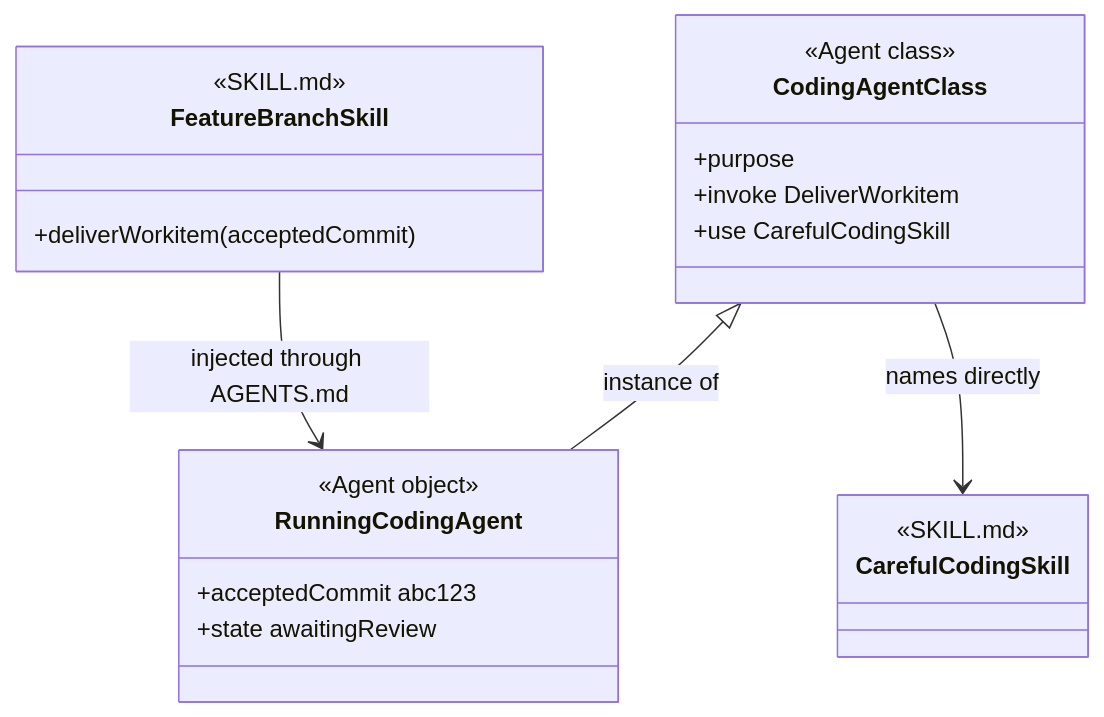
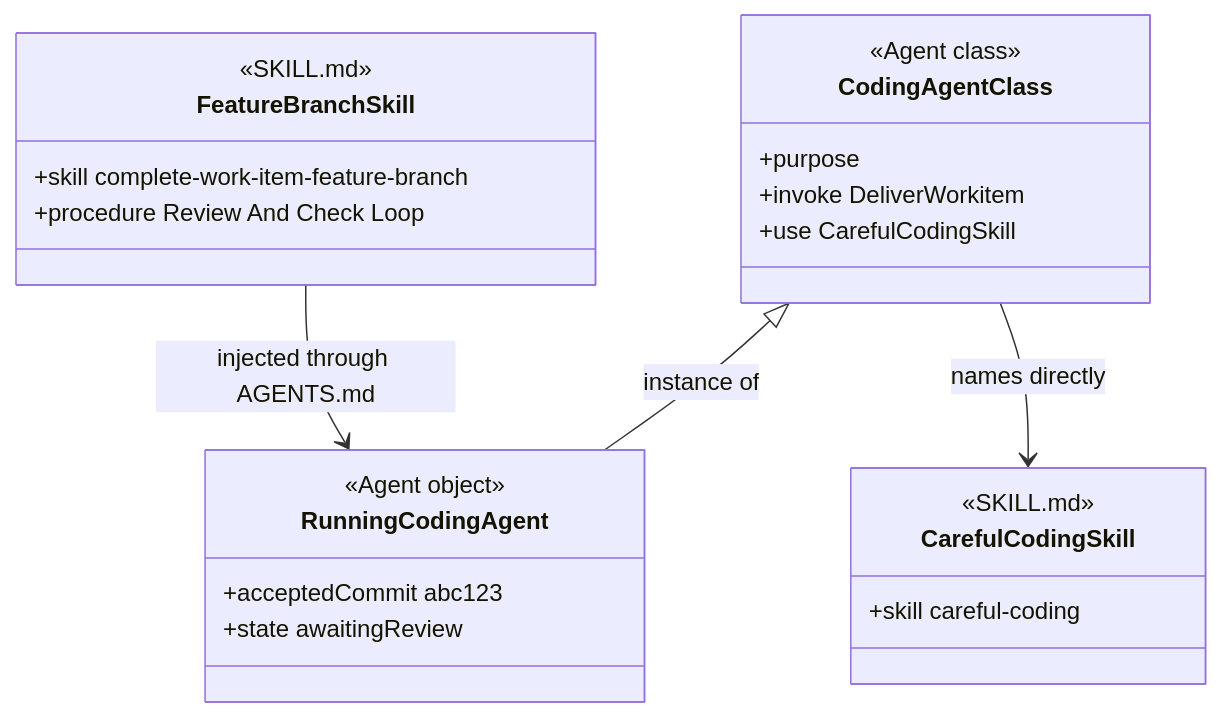
The tenth of 11 diagrams in design/object-oriented-agent-and-skill-model.md (martinbechard/dev-methodology), drawn with Mermaid before and after one commit. The commit also changed other lines of this file and 12 other files, not shown here.

````diff
--- a/design/object-oriented-agent-and-skill-model.md
+++ b/design/object-oriented-agent-and-skill-model.md
@@ -482,32 +512,34 @@
 ```mermaid
 classDiagram
     direction TB
 
     class CodingAgentClass {
         <<Agent class>>
         +purpose
         +invoke DeliverWorkitem
         +use CarefulCodingSkill
     }
 
     class RunningCodingAgent {
         <<Agent object>>
         +acceptedCommit abc123
         +state awaitingReview
     }
 
     class CarefulCodingSkill {
         <<SKILL.md>>
         <<Agent Skill>>
+        +skill careful-coding
     }
 
     class FeatureBranchSkill {
         <<SKILL.md>>
         <<Injectable Skill>>
-        +deliverWorkitem(acceptedCommit)
+        +skill complete-work-item-feature-branch
+        +procedure Review And Check Loop
     }
 
     CodingAgentClass <|-- RunningCodingAgent : instance of
     CodingAgentClass --> CarefulCodingSkill : names directly
     FeatureBranchSkill --> RunningCodingAgent : injected through AGENTS.md
 ```
````
